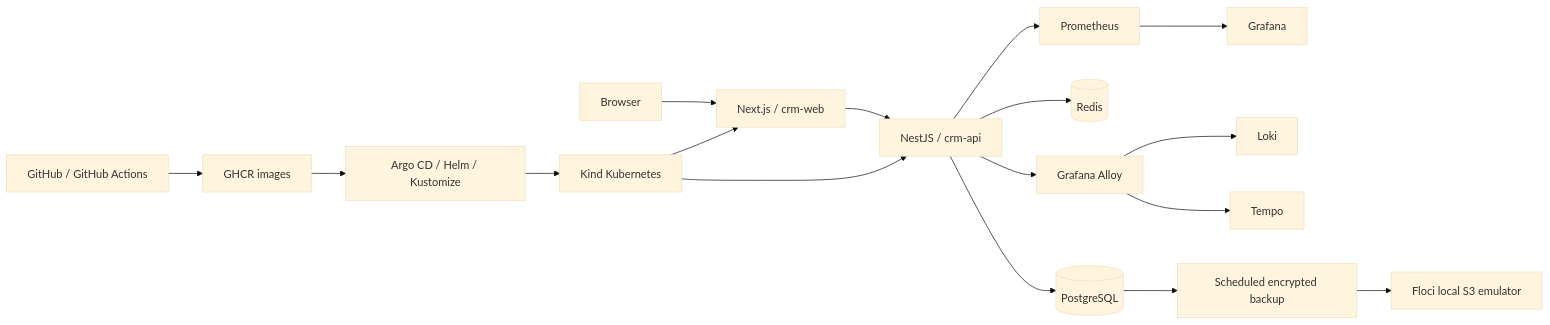
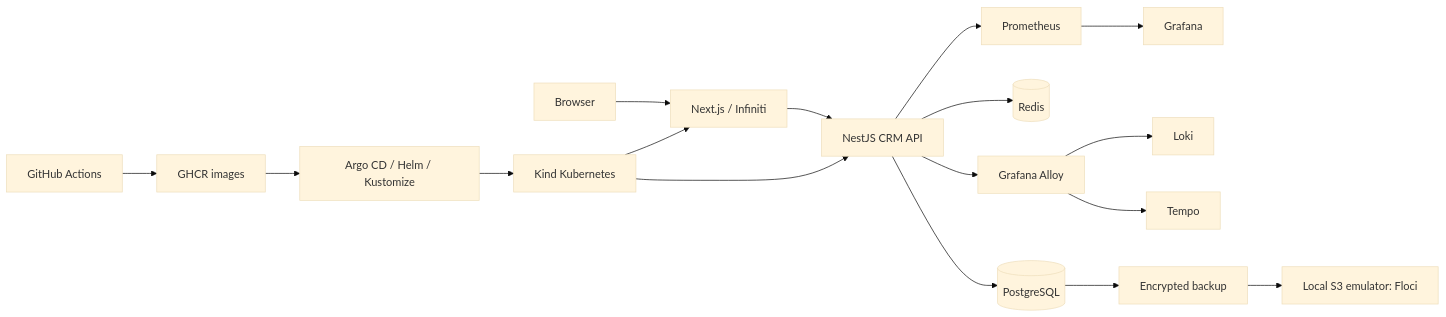
One commit to Ayolannister/crm-platform changed the diagram in README.md. Above: the diagram before and after it, drawn with Mermaid (base theme). The commit also changed other lines of this file, not shown here.

Commit message:
docs(infiniti): contributor setup from clone to local CRM and optional GitOps

````diff
--- a/README.md
+++ b/README.md
@@ -7,19 +21,19 @@
 ```mermaid
 flowchart LR
-  Browser[Browser] --> Web[Next.js / crm-web]
-  Web --> API[NestJS / crm-api]
+  Browser[Browser] --> Web[Next.js / Infiniti]
+  Web --> API[NestJS CRM API]
   API --> PG[(PostgreSQL)]
   API --> Redis[(Redis)]
-  GitHub[GitHub / GitHub Actions] --> GHCR[GHCR images]
+  GitHub[GitHub Actions] --> GHCR[GHCR images]
   GHCR --> Argo[Argo CD / Helm / Kustomize]
   Argo --> K8s[Kind Kubernetes]
   K8s --> Web
   K8s --> API
   API --> Prom[Prometheus]
   Prom --> Grafana[Grafana]
   API --> Alloy[Grafana Alloy]
   Alloy --> Loki[Loki]
   Alloy --> Tempo[Tempo]
-  PG --> Backup[Scheduled encrypted backup]
-  Backup --> Floci[Floci local S3 emulator]
+  PG --> Backup[Encrypted backup]
+  Backup --> Floci[Local S3 emulator: Floci]
 ```
````
